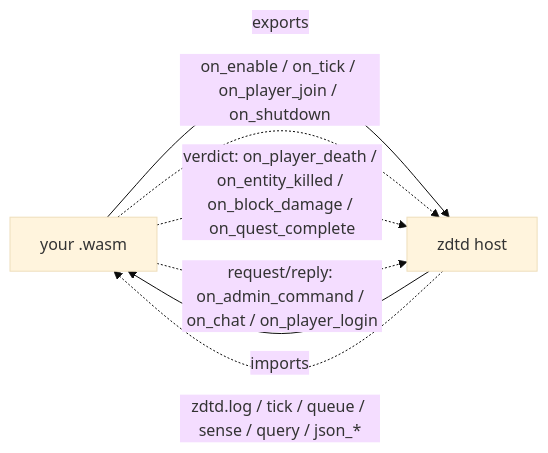
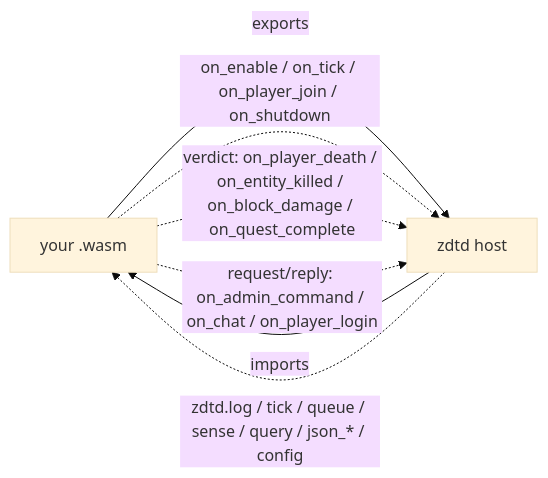
One commit to hordeforge/zdtd-server changed the diagram in docs/PLUGIN_DEV.md. Above: the diagram before and after it, drawn with Mermaid (base theme).

Commit message:
docs: PLUGIN_DEV overview diagram lists the config import

````diff
--- a/docs/PLUGIN_DEV.md
+++ b/docs/PLUGIN_DEV.md
@@ -22,9 +22,9 @@
 ```mermaid
 flowchart LR
     Guest[your .wasm] -->|exports| Host[zdtd host]
     Host -->|imports| Guest
     Guest -. "on_enable / on_tick / on_player_join / on_shutdown" .-> Host
     Guest -. "verdict: on_player_death / on_entity_killed / on_block_damage / on_quest_complete" .-> Host
     Guest -. "request/reply: on_admin_command / on_chat / on_player_login" .-> Host
-    Host -. "zdtd.log / tick / queue / sense / query / json_*" .-> Guest
+    Host -. "zdtd.log / tick / queue / sense / query / json_* / config" .-> Guest
 ```
````
